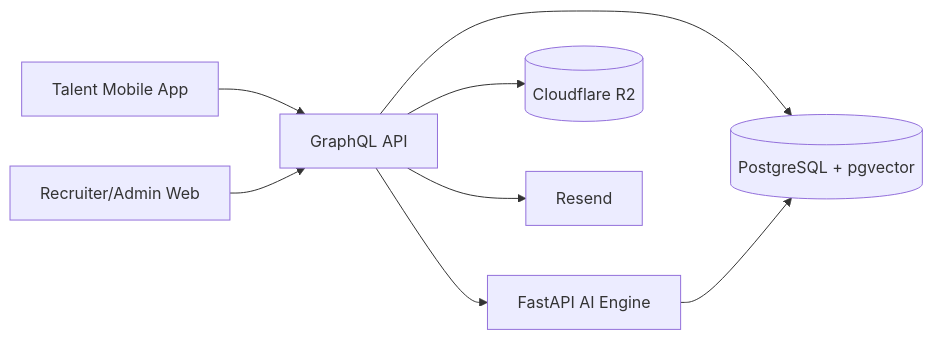
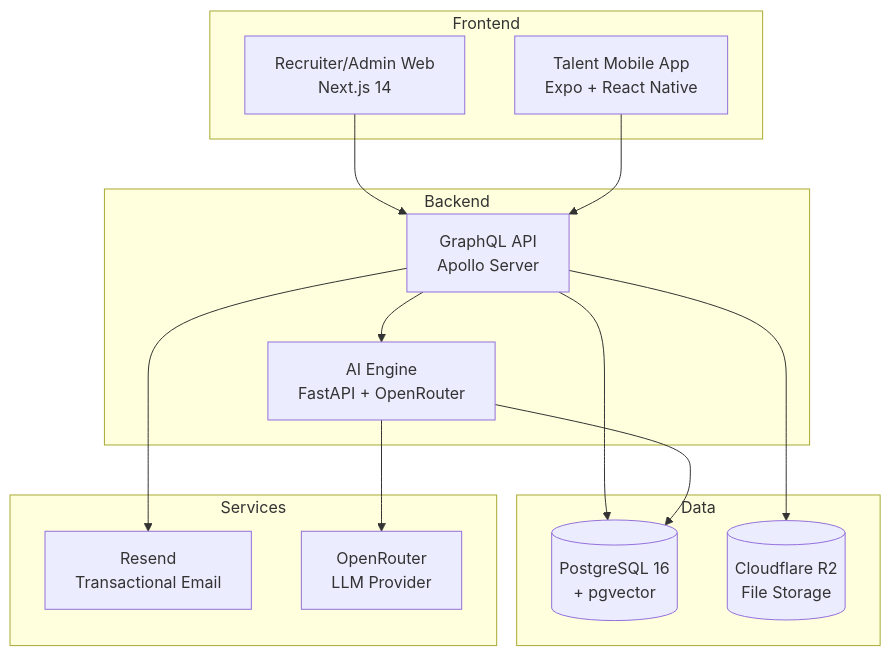
One commit to slubbles/AI-Talent-Marketplace-Platform changed the diagram in README.md. Above: the diagram before and after it, drawn with Mermaid. The commit also changed other lines of this file and 2 other files, not shown here.

````diff
--- a/README.md
+++ b/README.md
@@ -47,18 +43,31 @@
 ```mermaid
-flowchart LR
-	Talent[Talent Mobile App]
-	Recruiter[Recruiter/Admin Web]
-	API[GraphQL API]
-	AI[FastAPI AI Engine]
-	DB[(PostgreSQL + pgvector)]
-	Storage[(Cloudflare R2)]
-	Email[Resend]
+flowchart TB
+    subgraph Frontend
+        Web[Recruiter/Admin Web<br/>Next.js 14]
+        Mobile[Talent Mobile App<br/>Expo + React Native]
+    end
+    
+    subgraph Backend
+        API[GraphQL API<br/>Apollo Server]
+        AI[AI Engine<br/>FastAPI + OpenRouter]
+    end
+    
+    subgraph Data
+        DB[(PostgreSQL 16<br/>+ pgvector)]
+        R2[(Cloudflare R2<br/>File Storage)]
+    end
+    
+    subgraph Services
+        Email[Resend<br/>Transactional Email]
+        LLM[OpenRouter<br/>LLM Provider]
+    end
 
-	Talent --> API
-	Recruiter --> API
-	API --> DB
-	API --> Storage
-	API --> Email
-	API --> AI
-	AI --> DB
+    Web --> API
+    Mobile --> API
+    API --> DB
+    API --> R2
+    API --> Email
+    API --> AI
+    AI --> DB
+    AI --> LLM
 ```
````
